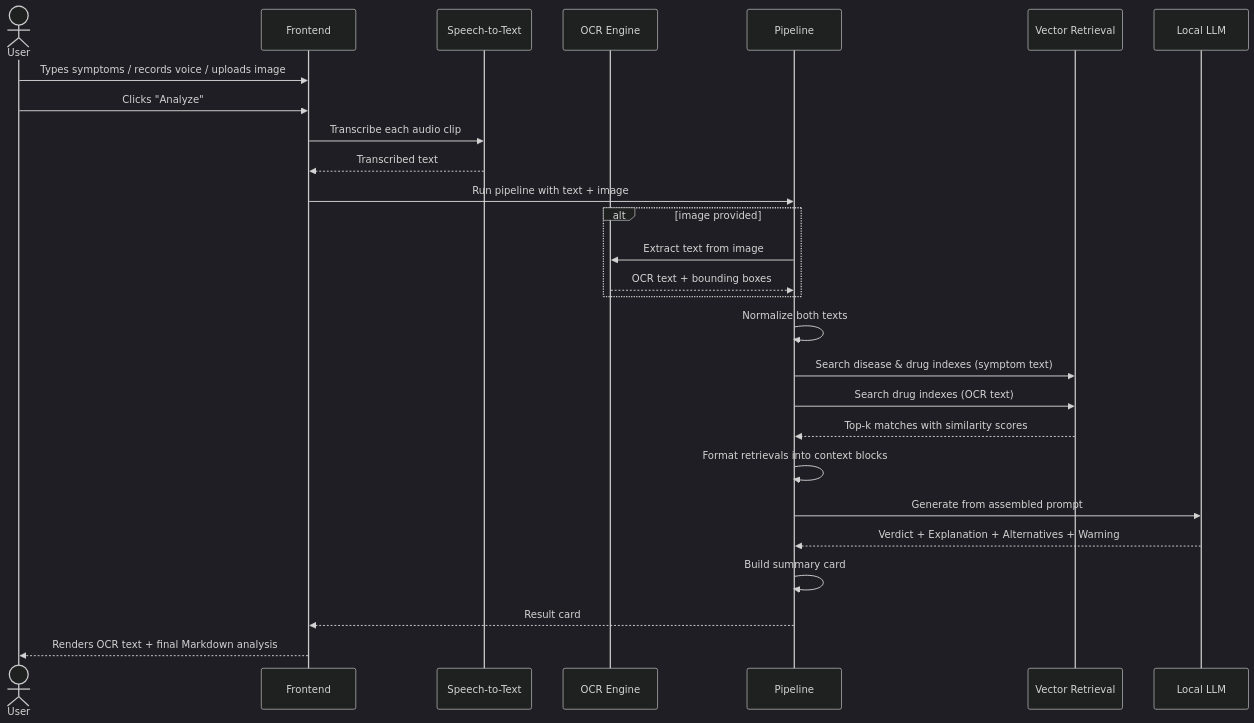
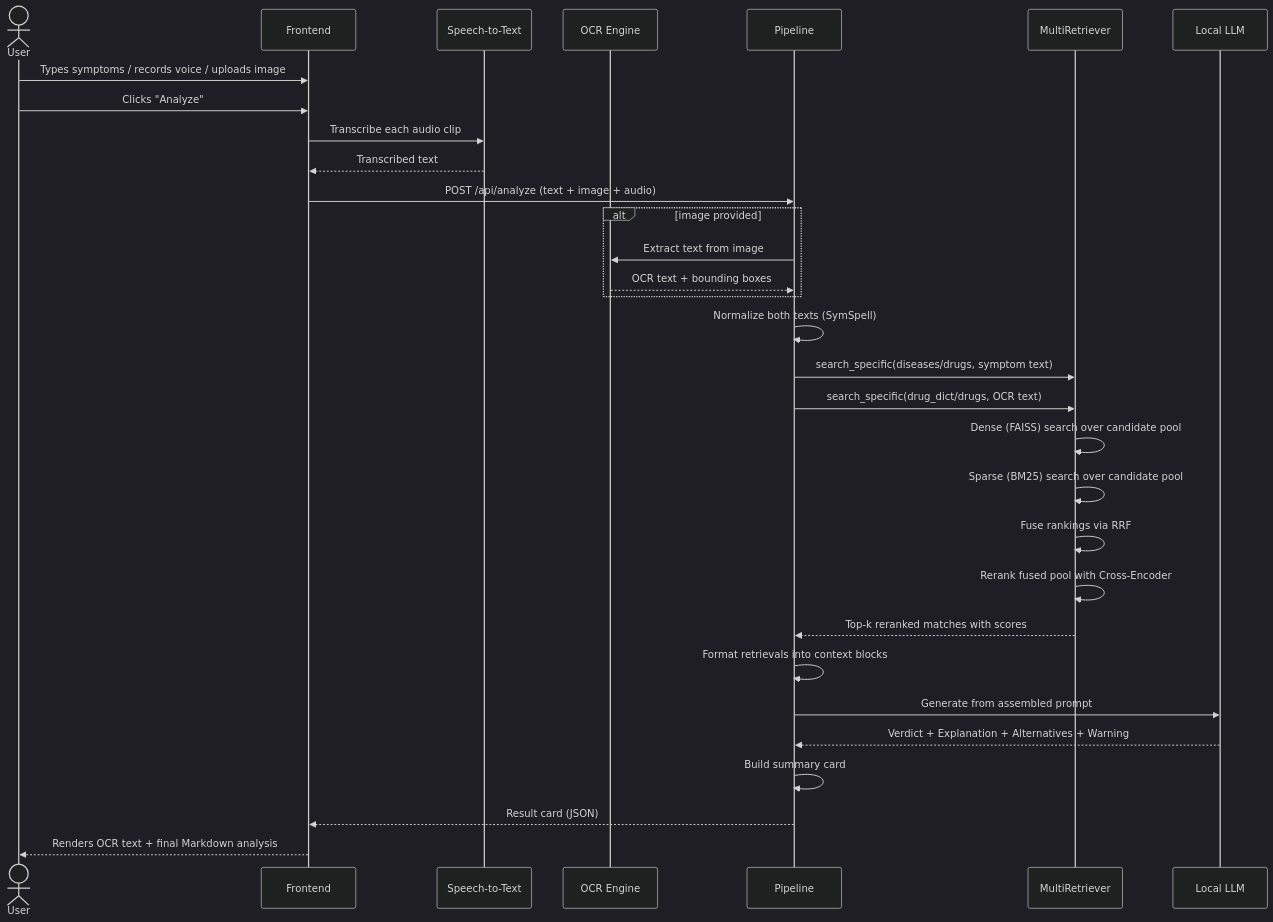
The third of 4 diagrams in README.md (djcode0718/MediscanAI), drawn with Mermaid (dark theme) before and after one commit. The commit also changed other lines of this file, not shown here.

Commit message:
feat: implement hybrid search pipeline with BM25, RRF, and Cross-Encoder reranking and update frontend to React/Vite

````diff
--- a/README.md
+++ b/README.md
@@ -160,30 +205,34 @@
 ```mermaid
 sequenceDiagram
     actor User
     participant UI as Frontend
     participant Speech as Speech-to-Text
     participant Vision as OCR Engine
     participant Pipe as Pipeline
-    participant Ret as Vector Retrieval
+    participant Ret as MultiRetriever
     participant LLM as Local LLM
 
     User->>UI: Types symptoms / records voice / uploads image
     User->>UI: Clicks "Analyze"
     UI->>Speech: Transcribe each audio clip
     Speech-->>UI: Transcribed text
-    UI->>Pipe: Run pipeline with text + image
+    UI->>Pipe: POST /api/analyze (text + image + audio)
     alt image provided
         Pipe->>Vision: Extract text from image
         Vision-->>Pipe: OCR text + bounding boxes
     end
-    Pipe->>Pipe: Normalize both texts
-    Pipe->>Ret: Search disease & drug indexes (symptom text)
-    Pipe->>Ret: Search drug indexes (OCR text)
-    Ret-->>Pipe: Top-k matches with similarity scores
+    Pipe->>Pipe: Normalize both texts (SymSpell)
+    Pipe->>Ret: search_specific(diseases/drugs, symptom text)
+    Pipe->>Ret: search_specific(drug_dict/drugs, OCR text)
+    Ret->>Ret: Dense (FAISS) search over candidate pool
+    Ret->>Ret: Sparse (BM25) search over candidate pool
+    Ret->>Ret: Fuse rankings via RRF
+    Ret->>Ret: Rerank fused pool with Cross-Encoder
+    Ret-->>Pipe: Top-k reranked matches with scores
     Pipe->>Pipe: Format retrievals into context blocks
     Pipe->>LLM: Generate from assembled prompt
     LLM-->>Pipe: Verdict + Explanation + Alternatives + Warning
     Pipe->>Pipe: Build summary card
-    Pipe-->>UI: Result card
+    Pipe-->>UI: Result card (JSON)
     UI-->>User: Renders OCR text + final Markdown analysis
 ```
````
